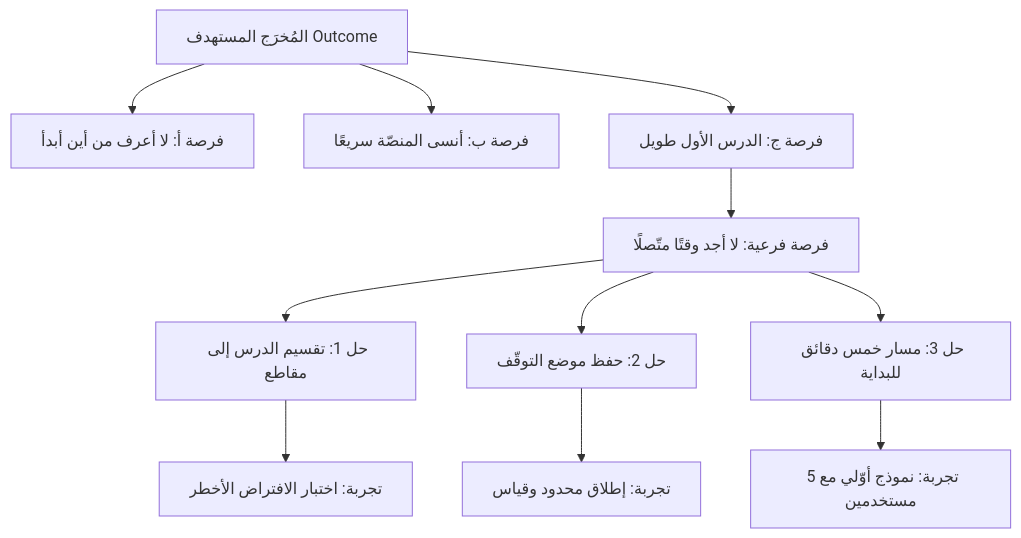
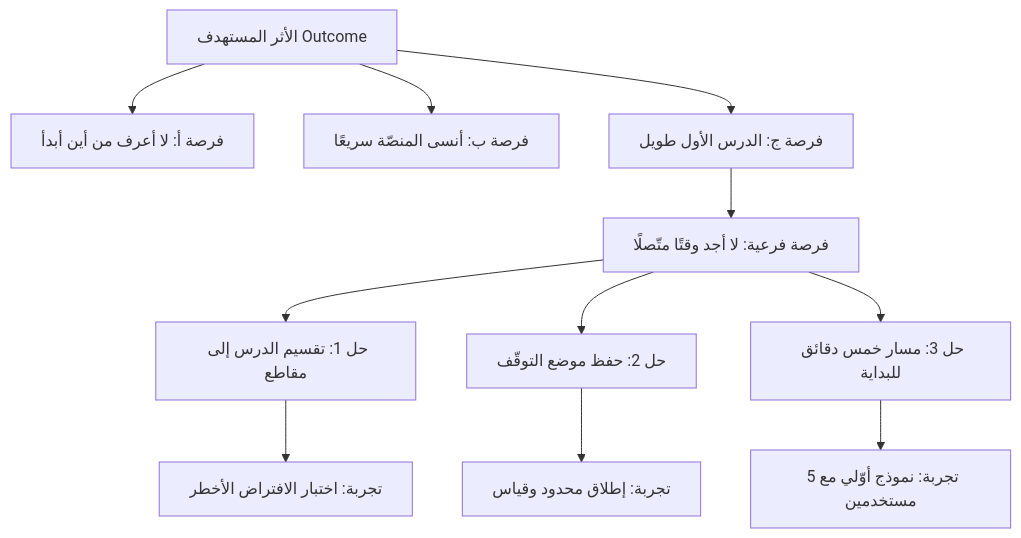
One commit to MohammedFattay/Project_Management_Notes changed the diagram in content/معجم المصطلحات/Opportunity Solution Tree.md. Above: the diagram before and after it, drawn with Mermaid. The commit also changed other lines of this file and 47 other files, not shown here.

````diff
--- a/content/معجم المصطلحات/Opportunity Solution Tree.md
+++ b/content/معجم المصطلحات/Opportunity Solution Tree.md
@@ -72,13 +72,13 @@
 ```mermaid
 flowchart TD
-    O["المُخرَج المستهدف Outcome"] --> P1["فرصة أ: لا أعرف من أين أبدأ"]
+    O["الأثر المستهدف Outcome"] --> P1["فرصة أ: لا أعرف من أين أبدأ"]
     O --> P2["فرصة ب: أنسى المنصّة سريعًا"]
     O --> P3["فرصة ج: الدرس الأول طويل"]
     P3 --> P3a["فرصة فرعية: لا أجد وقتًا متّصلًا"]
     P3a --> S1["حل 1: تقسيم الدرس إلى مقاطع"]
     P3a --> S2["حل 2: حفظ موضع التوقّف"]
     P3a --> S3["حل 3: مسار خمس دقائق للبداية"]
     S1 --> E1["تجربة: اختبار الافتراض الأخطر"]
     S2 --> E2["تجربة: إطلاق محدود وقياس"]
     S3 --> E3["تجربة: نموذج أوّلي مع 5 مستخدمين"]
 ```
````
